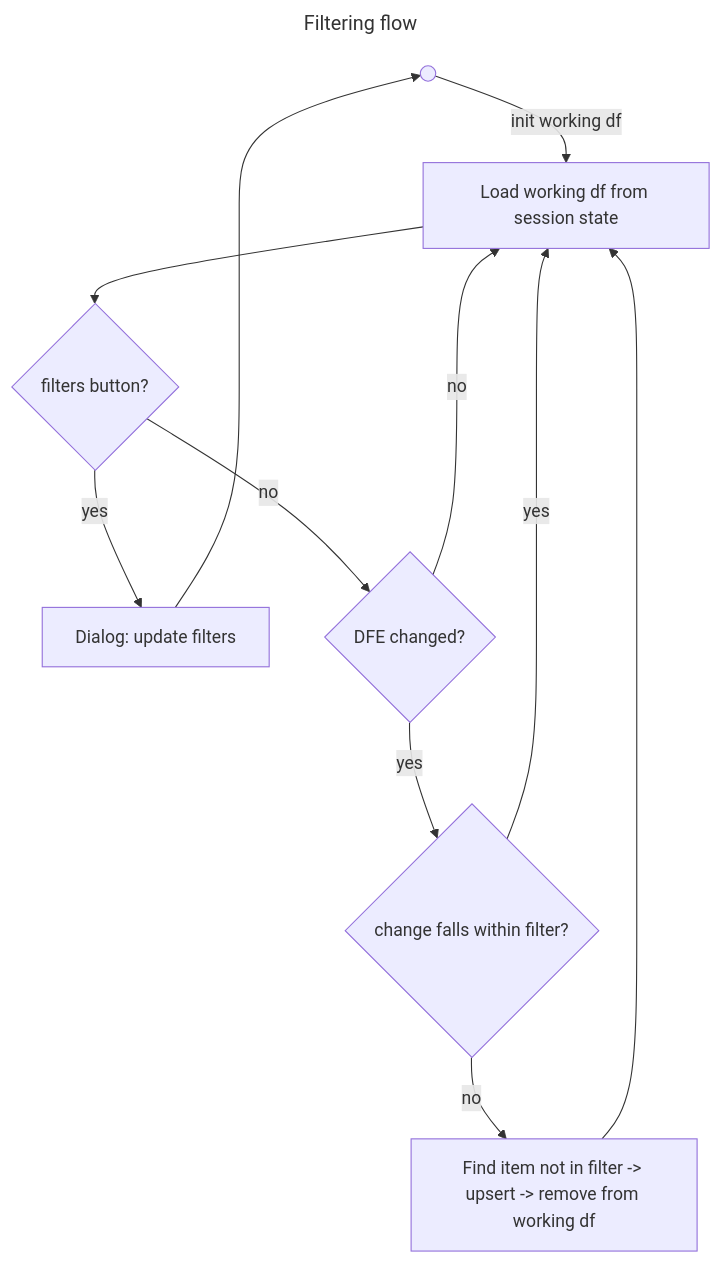
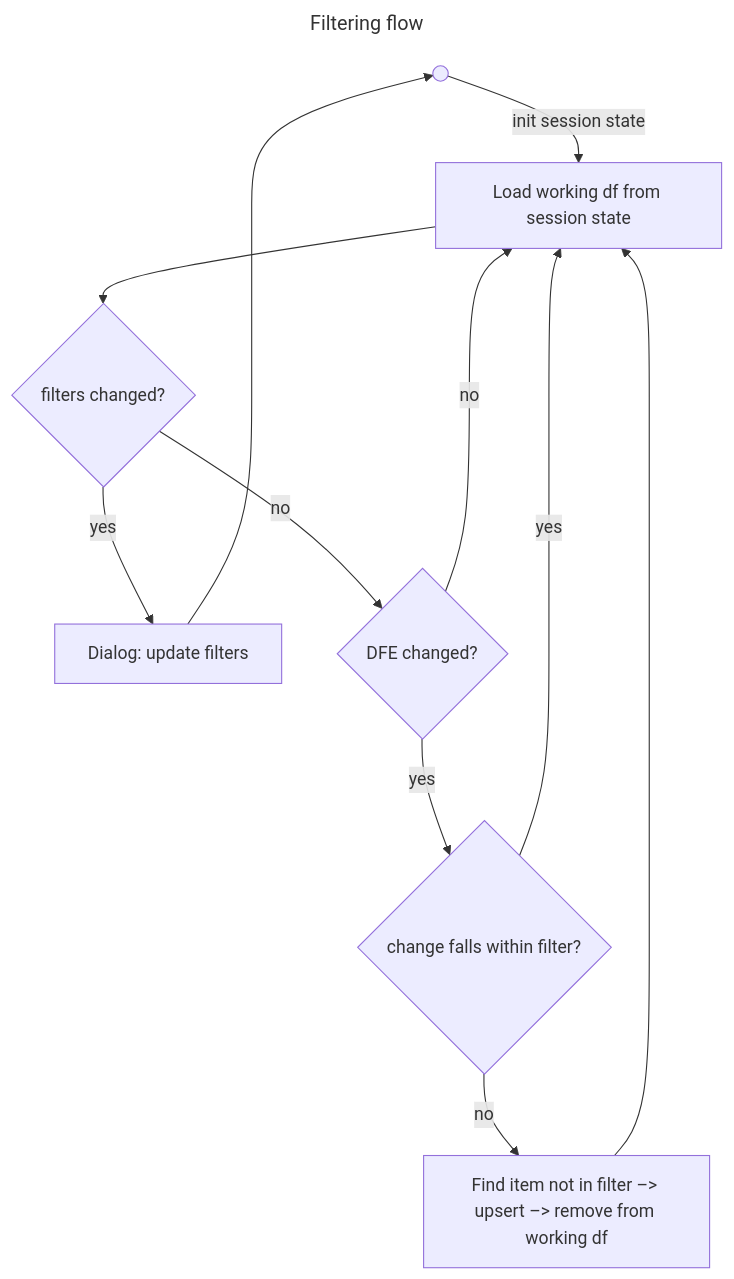
One commit to tomalcorn/finance-tracker changed the third of 3 diagrams in README.md. Above: the diagram before and after it, drawn with Mermaid. The commit also changed other lines of this file and 1 other file, not shown here.

````diff
--- a/README.md
+++ b/README.md
@@ -102,21 +88,21 @@
 ```mermaid
 ---
 title: Filtering flow
 ---
 flowchart TD
-    n1["Start"] -- init working df --> n2["Load working df from session state"]
-    n2 --> n3["filters button?"]
+    n1["Start"] -- init session state --> n2["Load working df from session state"]
+    n2 --> n3["filters changed?"]
     n3 -- yes --> n4["Dialog: update filters"]
     n3 -- no --> n5["DFE changed?"]
     n5 -- yes --> n6["change falls within filter?"]
     n4 --> n1
     n5 -- no --> n2
     n6 -- yes --> n2
-    n6 -- no --> n7["Find item not in filter -&gt; upsert -&gt; remove from working df"]
+    n6 -- no --> n7["Find item not in filter –&gt; upsert –&gt; remove from working df"]
     n7 --> n2
 
     n1@{ shape: start}
     n3@{ shape: diam}
     n5@{ shape: diam}
     n6@{ shape: diam}
 ```
````
